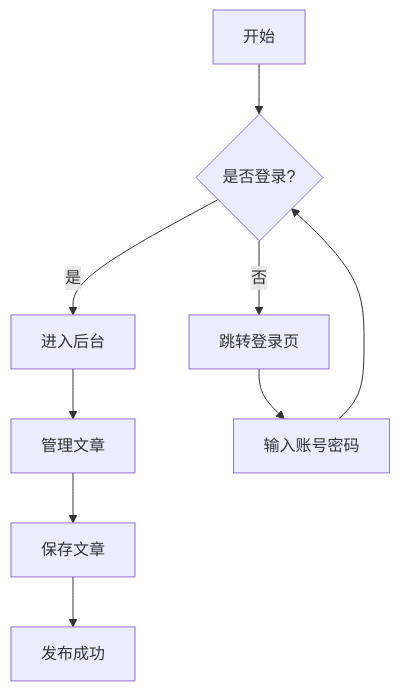
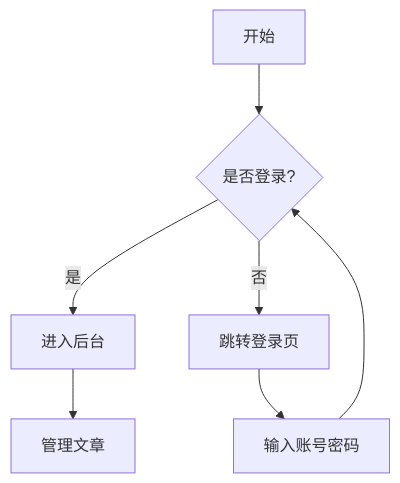
Before and after one commit to yaanlaan/yanblog: the first of 2 diagrams in web/frontend/public/static/demo-article.md, drawn with Mermaid. The commit also changed other lines of this file and 1 other file, not shown here.

````diff
--- a/web/frontend/public/static/demo-article.md
+++ b/web/frontend/public/static/demo-article.md
@@ -126,11 +79,9 @@
 ```mermaid
 graph TD
     A[开始] --> B{是否登录?}
     B -->|是| C[进入后台]
     B -->|否| D[跳转登录页]
     C --> E[管理文章]
-    E --> F[保存文章]
-    F --> G[发布成功]
     D --> H[输入账号密码]
     H --> B
 ```
````
